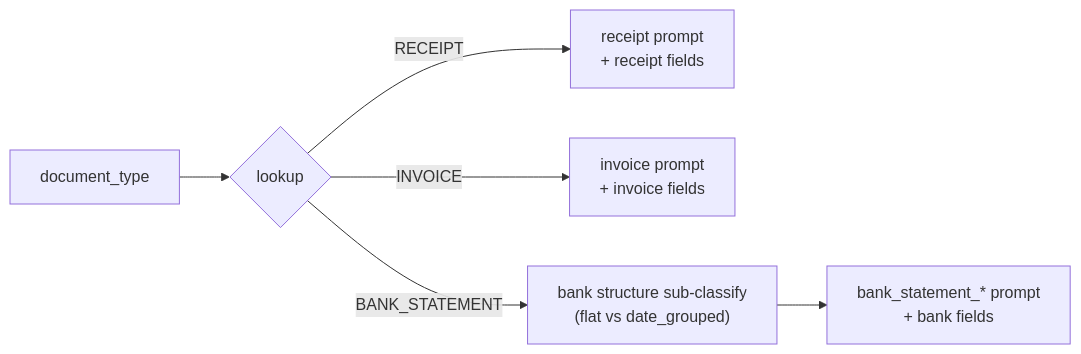
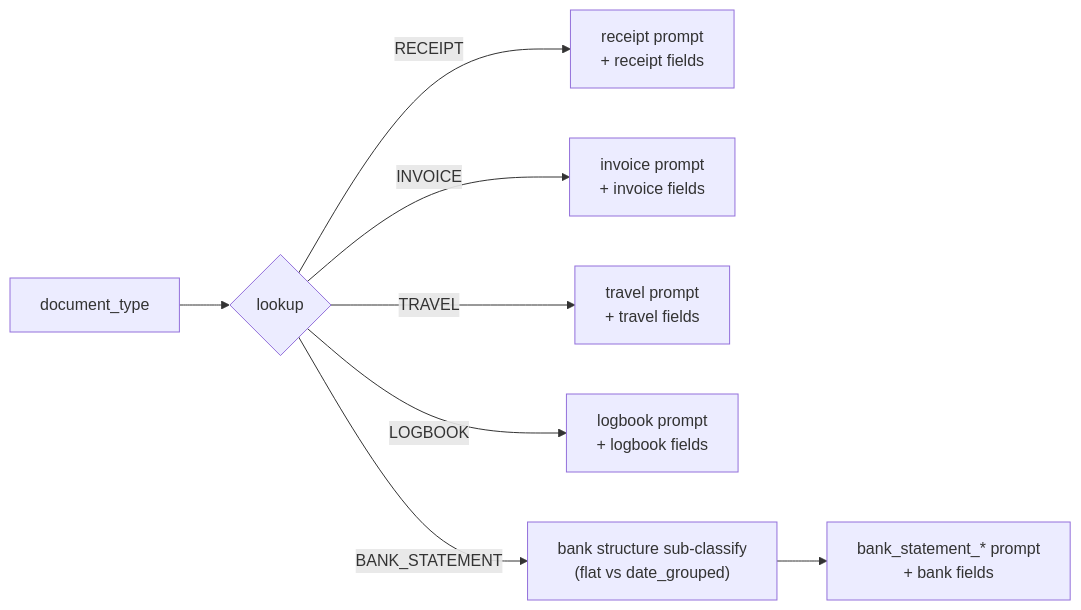
Before and after one commit to tmnestor/LMM_POC: the third of 3 diagrams in docs/document_classification.md, drawn with Mermaid. The commit also changed other lines of this file, not shown here.

Commit message:
📝 docs: update document_classification for TRAVEL + boolean evidence

````diff
--- a/docs/document_classification.md
+++ b/docs/document_classification.md
@@ -181,8 +269,10 @@
 ```mermaid
 flowchart LR
     DT[document_type] --> M{lookup}
     M -->|RECEIPT| RP[receipt prompt<br/>+ receipt fields]
     M -->|INVOICE| IP[invoice prompt<br/>+ invoice fields]
+    M -->|TRAVEL| TP[travel prompt<br/>+ travel fields]
+    M -->|LOGBOOK| LP[logbook prompt<br/>+ logbook fields]
     M -->|BANK_STATEMENT| BP["bank structure sub-classify<br/>(flat vs date_grouped)"]
     BP --> BPP[bank_statement_* prompt<br/>+ bank fields]
 ```
````
